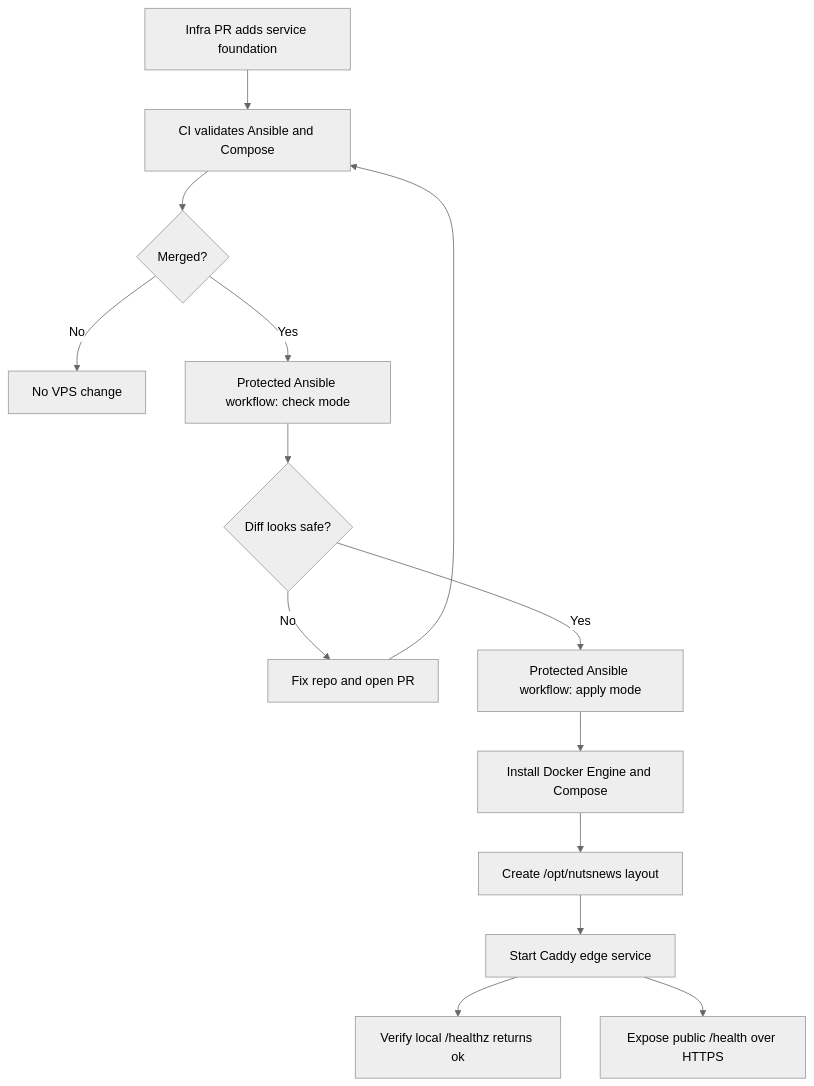
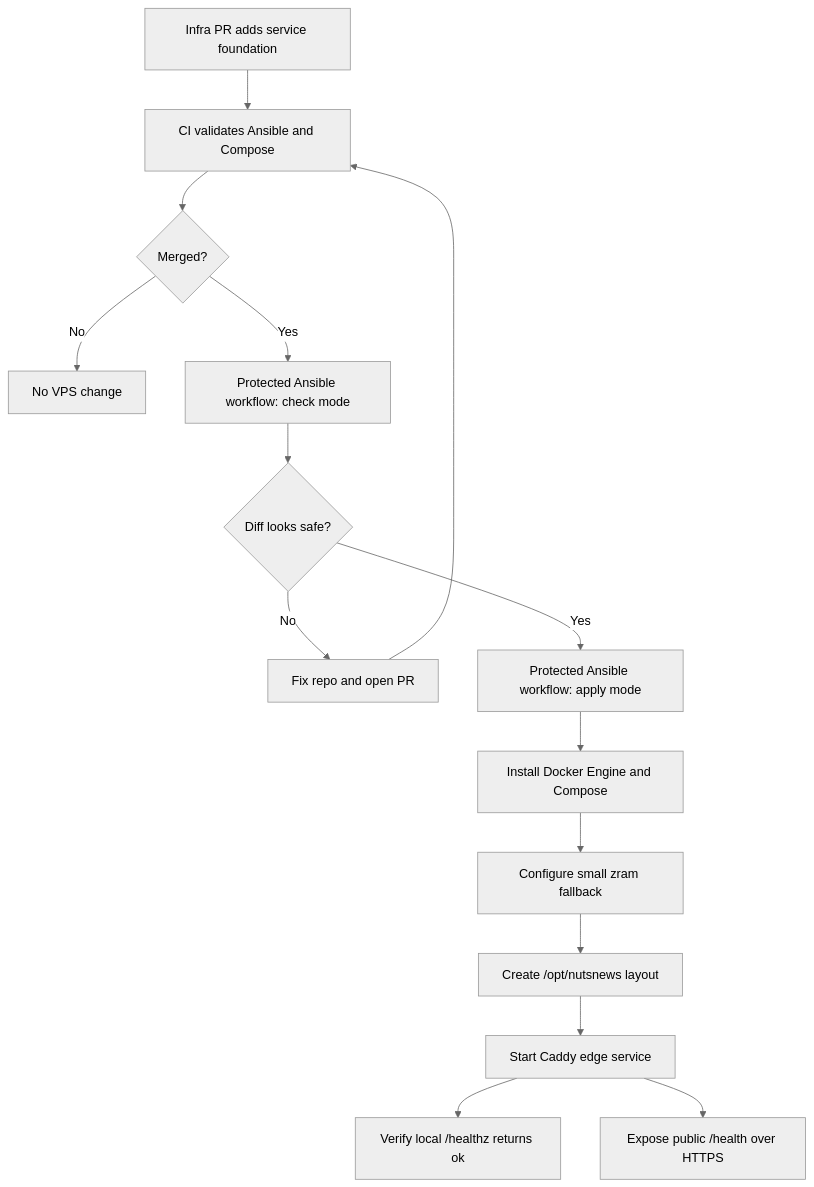
Before and after one commit to ramideltoro/nutsnews-docs: the first of 3 diagrams in NUTSNEWS_VPS_SERVICE_FOUNDATION.md, drawn with Mermaid (neutral theme). The commit also changed other lines of this file and 1 other file, not shown here.

Commit message:
Document VPS zram fallback

````diff
--- a/NUTSNEWS_VPS_SERVICE_FOUNDATION.md
+++ b/NUTSNEWS_VPS_SERVICE_FOUNDATION.md
@@ -69,16 +103,17 @@
 ```mermaid
 flowchart TD
   pr["Infra PR adds service foundation"] --> ci["CI validates Ansible and Compose"]
   ci --> merge{"Merged?"}
   merge -- "No" --> stop["No VPS change"]
   merge -- "Yes" --> check["Protected Ansible workflow: check mode"]
   check --> review{"Diff looks safe?"}
   review -- "No" --> fix["Fix repo and open PR"]
   fix --> ci
   review -- "Yes" --> apply["Protected Ansible workflow: apply mode"]
   apply --> docker["Install Docker Engine and Compose"]
-  docker --> layout["Create /opt/nutsnews layout"]
+  docker --> zram["Configure small zram fallback"]
+  zram --> layout["Create /opt/nutsnews layout"]
   layout --> caddy["Start Caddy edge service"]
   caddy --> health["Verify local /healthz returns ok"]
   caddy --> publicHealth["Expose public /health over HTTPS"]
 ```
````
